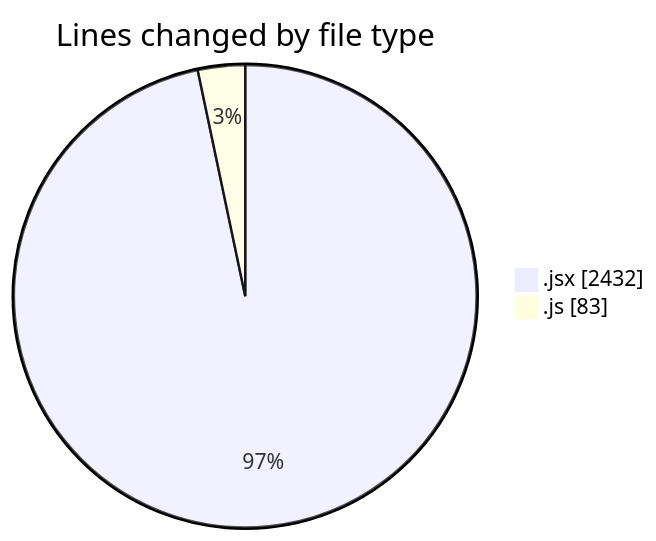
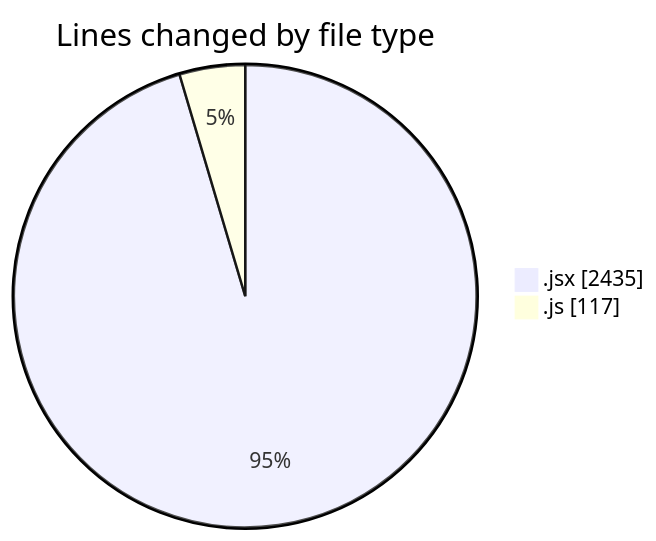
One commit to nxtqubesakshisongat/code-tracking changed the first of 2 diagrams in 2025-08-26/nxtqube_webapp/README.md. Above: the diagram before and after it, drawn with Mermaid. The commit also changed other lines of this file and 1 other file, not shown here.

````diff
--- a/2025-08-26/nxtqube_webapp/README.md
+++ b/2025-08-26/nxtqube_webapp/README.md
@@ -27,6 +27,6 @@
 ```mermaid
 pie showData
 title Lines changed by file type
-".jsx" : 2432
-".js" : 83
+".jsx" : 2435
+".js" : 117
 ```
````
